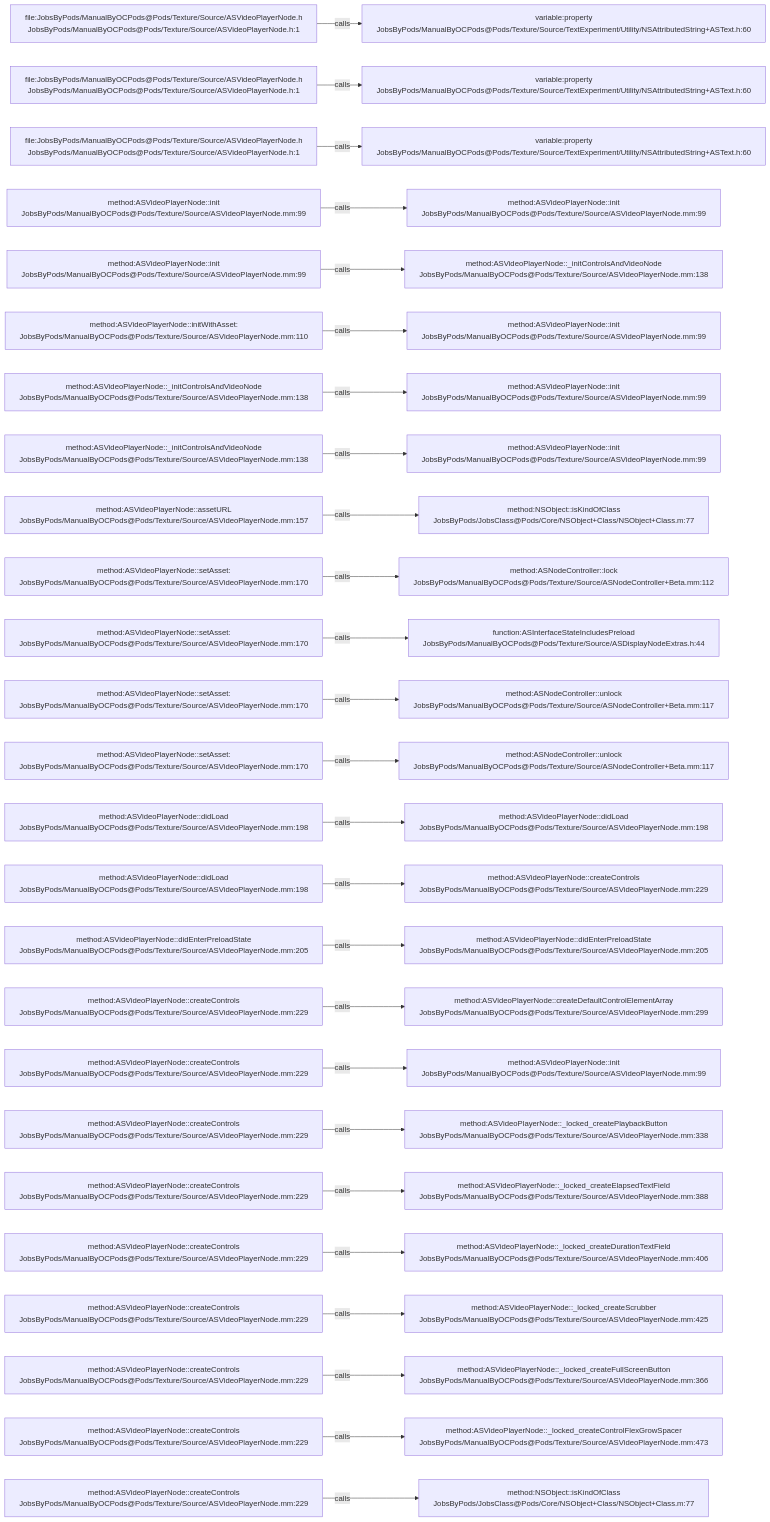
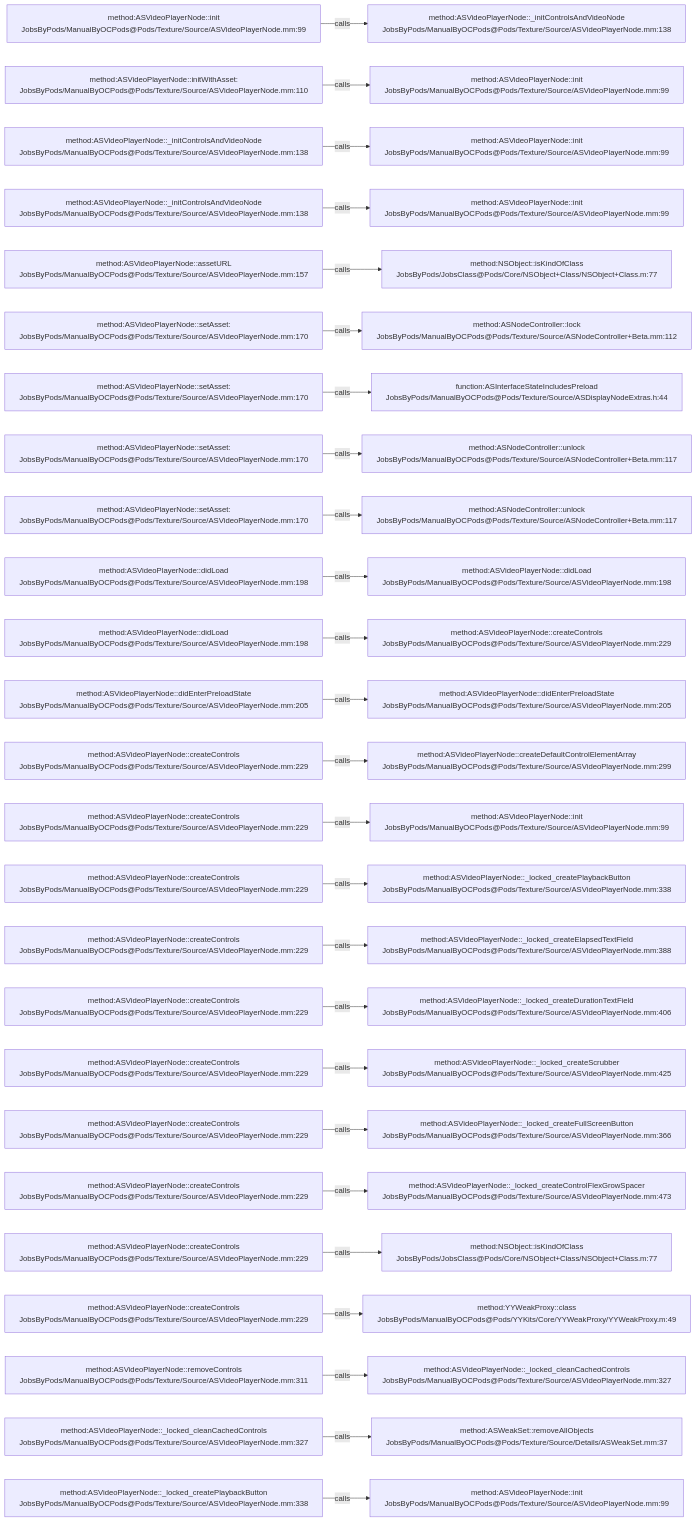
One commit to JobsKits/JobsOCBaseConfigDemo changed the diagram in .codegraph/codegraph.md/graphs/calls-143.md. Above: the diagram before and after it, drawn with Mermaid. The commit also changed 727 other files, not shown here.

````diff
--- a/.codegraph/codegraph.md/graphs/calls-143.md
+++ b/.codegraph/codegraph.md/graphs/calls-143.md
@@ -13,78 +13,78 @@
 ```mermaid
 flowchart LR
-  S1["file:JobsByPods/ManualByOCPods@Pods/Texture/Source/ASVideoPlayerNode.h<br/>JobsByPods/ManualByOCPods@Pods/Texture/Source/ASVideoPlayerNode.h:1"]
-  T1["variable:property<br/>JobsByPods/ManualByOCPods@Pods/Texture/Source/TextExperiment/Utility/NSAttributedString+ASText.h:60"]
+  S1["method:ASVideoPlayerNode::init<br/>JobsByPods/ManualByOCPods@Pods/Texture/Source/ASVideoPlayerNode.mm:99"]
+  T1["method:ASVideoPlayerNode::_initControlsAndVideoNode<br/>JobsByPods/ManualByOCPods@Pods/Texture/Source/ASVideoPlayerNode.mm:138"]
   S1 -->|calls| T1
-  S2["file:JobsByPods/ManualByOCPods@Pods/Texture/Source/ASVideoPlayerNode.h<br/>JobsByPods/ManualByOCPods@Pods/Texture/Source/ASVideoPlayerNode.h:1"]
-  T2["variable:property<br/>JobsByPods/ManualByOCPods@Pods/Texture/Source/TextExperiment/Utility/NSAttributedString+ASText.h:60"]
+  S2["method:ASVideoPlayerNode::initWithAsset:<br/>JobsByPods/ManualByOCPods@Pods/Texture/Source/ASVideoPlayerNode.mm:110"]
+  T2["method:ASVideoPlayerNode::init<br/>JobsByPods/ManualByOCPods@Pods/Texture/Source/ASVideoPlayerNode.mm:99"]
   S2 -->|calls| T2
-  S3["file:JobsByPods/ManualByOCPods@Pods/Texture/Source/ASVideoPlayerNode.h<br/>JobsByPods/ManualByOCPods@Pods/Texture/Source/ASVideoPlayerNode.h:1"]
-  T3["variable:property<br/>JobsByPods/ManualByOCPods@Pods/Texture/Source/TextExperiment/Utility/NSAttributedString+ASText.h:60"]
+  S3["method:ASVideoPlayerNode::_initControlsAndVideoNode<br/>JobsByPods/ManualByOCPods@Pods/Texture/Source/ASVideoPlayerNode.mm:138"]
+  T3["method:ASVideoPlayerNode::init<br/>JobsByPods/ManualByOCPods@Pods/Texture/Source/ASVideoPlayerNode.mm:99"]
   S3 -->|calls| T3
-  S4["method:ASVideoPlayerNode::init<br/>JobsByPods/ManualByOCPods@Pods/Texture/Source/ASVideoPlayerNode.mm:99"]
+  S4["method:ASVideoPlayerNode::_initControlsAndVideoNode<br/>JobsByPods/ManualByOCPods@Pods/Texture/Source/ASVideoPlayerNode.mm:138"]
   T4["method:ASVideoPlayerNode::init<br/>JobsByPods/ManualByOCPods@Pods/Texture/Source/ASVideoPlayerNode.mm:99"]
   S4 -->|calls| T4
-  S5["method:ASVideoPlayerNode::init<br/>JobsByPods/ManualByOCPods@Pods/Texture/Source/ASVideoPlayerNode.mm:99"]
-  T5["method:ASVideoPlayerNode::_initControlsAndVideoNode<br/>JobsByPods/ManualByOCPods@Pods/Texture/Source/ASVideoPlayerNode.mm:138"]
+  S5["method:ASVideoPlayerNode::assetURL<br/>JobsByPods/ManualByOCPods@Pods/Texture/Source/ASVideoPlayerNode.mm:157"]
+  T5["method:NSObject::isKindOfClass<br/>JobsByPods/JobsClass@Pods/Core/NSObject+Class/NSObject+Class.m:77"]
   S5 -->|calls| T5
-  S6["method:ASVideoPlayerNode::initWithAsset:<br/>JobsByPods/ManualByOCPods@Pods/Texture/Source/ASVideoPlayerNode.mm:110"]
-  T6["method:ASVideoPlayerNode::init<br/>JobsByPods/ManualByOCPods@Pods/Texture/Source/ASVideoPlayerNode.mm:99"]
+  S6["method:ASVideoPlayerNode::setAsset:<br/>JobsByPods/ManualByOCPods@Pods/Texture/Source/ASVideoPlayerNode.mm:170"]
+  T6["method:ASNodeController::lock<br/>JobsByPods/ManualByOCPods@Pods/Texture/Source/ASNodeController+Beta.mm:112"]
   S6 -->|calls| T6
-  S7["method:ASVideoPlayerNode::_initControlsAndVideoNode<br/>JobsByPods/ManualByOCPods@Pods/Texture/Source/ASVideoPlayerNode.mm:138"]
-  T7["method:ASVideoPlayerNode::init<br/>JobsByPods/ManualByOCPods@Pods/Texture/Source/ASVideoPlayerNode.mm:99"]
+  S7["method:ASVideoPlayerNode::setAsset:<br/>JobsByPods/ManualByOCPods@Pods/Texture/Source/ASVideoPlayerNode.mm:170"]
+  T7["function:ASInterfaceStateIncludesPreload<br/>JobsByPods/ManualByOCPods@Pods/Texture/Source/ASDisplayNodeExtras.h:44"]
   S7 -->|calls| T7
-  S8["method:ASVideoPlayerNode::_initControlsAndVideoNode<br/>JobsByPods/ManualByOCPods@Pods/Texture/Source/ASVideoPlayerNode.mm:138"]
-  T8["method:ASVideoPlayerNode::init<br/>JobsByPods/ManualByOCPods@Pods/Texture/Source/ASVideoPlayerNode.mm:99"]
+  S8["method:ASVideoPlayerNode::setAsset:<br/>JobsByPods/ManualByOCPods@Pods/Texture/Source/ASVideoPlayerNode.mm:170"]
+  T8["method:ASNodeController::unlock<br/>JobsByPods/ManualByOCPods@Pods/Texture/Source/ASNodeController+Beta.mm:117"]
   S8 -->|calls| T8
-  S9["method:ASVideoPlayerNode::assetURL<br/>JobsByPods/ManualByOCPods@Pods/Texture/Source/ASVideoPlayerNode.mm:157"]
-  T9["method:NSObject::isKindOfClass<br/>JobsByPods/JobsClass@Pods/Core/NSObject+Class/NSObject+Class.m:77"]
+  S9["method:ASVideoPlayerNode::setAsset:<br/>JobsByPods/ManualByOCPods@Pods/Texture/Source/ASVideoPlayerNode.mm:170"]
+  T9["method:ASNodeController::unlock<br/>JobsByPods/ManualByOCPods@Pods/Texture/Source/ASNodeController+Beta.mm:117"]
   S9 -->|calls| T9
-  S10["method:ASVideoPlayerNode::setAsset:<br/>JobsByPods/ManualByOCPods@Pods/Texture/Source/ASVideoPlayerNode.mm:170"]
-  T10["method:ASNodeController::lock<br/>JobsByPods/ManualByOCPods@Pods/Texture/Source/ASNodeController+Beta.mm:112"]
+  S10["method:ASVideoPlayerNode::didLoad<br/>JobsByPods/ManualByOCPods@Pods/Texture/Source/ASVideoPlayerNode.mm:198"]
+  T10["method:ASVideoPlayerNode::didLoad<br/>JobsByPods/ManualByOCPods@Pods/Texture/Source/ASVideoPlayerNode.mm:198"]
   S10 -->|calls| T10
-  S11["method:ASVideoPlayerNode::setAsset:<br/>JobsByPods/ManualByOCPods@Pods/Texture/Source/ASVideoPlayerNode.mm:170"]
-  T11["function:ASInterfaceStateIncludesPreload<br/>JobsByPods/ManualByOCPods@Pods/Texture/Source/ASDisplayNodeExtras.h:44"]
+  S11["method:ASVideoPlayerNode::didLoad<br/>JobsByPods/ManualByOCPods@Pods/Texture/Source/ASVideoPlayerNode.mm:198"]
+  T11["method:ASVideoPlayerNode::createControls<br/>JobsByPods/ManualByOCPods@Pods/Texture/Source/ASVideoPlayerNode.mm:229"]
   S11 -->|calls| T11
-  S12["method:ASVideoPlayerNode::setAsset:<br/>JobsByPods/ManualByOCPods@Pods/Texture/Source/ASVideoPlayerNode.mm:170"]
-  T12["method:ASNodeController::unlock<br/>JobsByPods/ManualByOCPods@Pods/Texture/Source/ASNodeController+Beta.mm:117"]
+  S12["method:ASVideoPlayerNode::didEnterPreloadState<br/>JobsByPods/ManualByOCPods@Pods/Texture/Source/ASVideoPlayerNode.mm:205"]
+  T12["method:ASVideoPlayerNode::didEnterPreloadState<br/>JobsByPods/ManualByOCPods@Pods/Texture/Source/ASVideoPlayerNode.mm:205"]
   S12 -->|calls| T12
-  S13["method:ASVideoPlayerNode::setAsset:<br/>JobsByPods/ManualByOCPods@Pods/Texture/Source/ASVideoPlayerNode.mm:170"]
-  T13["method:ASNodeController::unlock<br/>JobsByPods/ManualByOCPods@Pods/Texture/Source/ASNodeController+Beta.mm:117"]
+  S13["method:ASVideoPlayerNode::createControls<br/>JobsByPods/ManualByOCPods@Pods/Texture/Source/ASVideoPlayerNode.mm:229"]
+  T13["method:ASVideoPlayerNode::createDefaultControlElementArray<br/>JobsByPods/ManualByOCPods@Pods/Texture/Source/ASVideoPlayerNode.mm:299"]
   S13 -->|calls| T13
-  S14["method:ASVideoPlayerNode::didLoad<br/>JobsByPods/ManualByOCPods@Pods/Texture/Source/ASVideoPlayerNode.mm:198"]
-  T14["method:ASVideoPlayerNode::didLoad<br/>JobsByPods/ManualByOCPods@Pods/Texture/Source/ASVideoPlayerNode.mm:198"]
+  S14["method:ASVideoPlayerNode::createControls<br/>JobsByPods/ManualByOCPods@Pods/Texture/Source/ASVideoPlayerNode.mm:229"]
+  T14["method:ASVideoPlayerNode::init<br/>JobsByPods/ManualByOCPods@Pods/Texture/Source/ASVideoPlayerNode.mm:99"]
   S14 -->|calls| T14
-  S15["method:ASVideoPlayerNode::didLoad<br/>JobsByPods/ManualByOCPods@Pods/Texture/Source/ASVideoPlayerNode.mm:198"]
-  T15["method:ASVideoPlayerNode::createControls<br/>JobsByPods/ManualByOCPods@Pods/Texture/Source/ASVideoPlayerNode.mm:229"]
+  S15["method:ASVideoPlayerNode::createControls<br/>JobsByPods/ManualByOCPods@Pods/Texture/Source/ASVideoPlayerNode.mm:229"]
+  T15["method:ASVideoPlayerNode::_locked_createPlaybackButton<br/>JobsByPods/ManualByOCPods@Pods/Texture/Source/ASVideoPlayerNode.mm:338"]
   S15 -->|calls| T15
-  S16["method:ASVideoPlayerNode::didEnterPreloadState<br/>JobsByPods/ManualByOCPods@Pods/Texture/Source/ASVideoPlayerNode.mm:205"]
-  T16["method:ASVideoPlayerNode::didEnterPreloadState<br/>JobsByPods/ManualByOCPods@Pods/Texture/Source/ASVideoPlayerNode.mm:205"]
+  S16["method:ASVideoPlayerNode::createControls<br/>JobsByPods/ManualByOCPods@Pods/Texture/Source/ASVideoPlayerNode.mm:229"]
+  T16["method:ASVideoPlayerNode::_locked_createElapsedTextField<br/>JobsByPods/ManualByOCPods@Pods/Texture/Source/ASVideoPlayerNode.mm:388"]
   S16 -->|calls| T16
   S17["method:ASVideoPlayerNode::createControls<br/>JobsByPods/ManualByOCPods@Pods/Texture/Source/ASVideoPlayerNode.mm:229"]
-  T17["method:ASVideoPlayerNode::createDefaultControlElementArray<br/>JobsByPods/ManualByOCPods@Pods/Texture/Source/ASVideoPlayerNode.mm:299"]
+  T17["method:ASVideoPlayerNode::_locked_createDurationTextField<br/>JobsByPods/ManualByOCPods@Pods/Texture/Source/ASVideoPlayerNode.mm:406"]
   S17 -->|calls| T17
   S18["method:ASVideoPlayerNode::createControls<br/>JobsByPods/ManualByOCPods@Pods/Texture/Source/ASVideoPlayerNode.mm:229"]
-  T18["method:ASVideoPlayerNode::init<br/>JobsByPods/ManualByOCPods@Pods/Texture/Source/ASVideoPlayerNode.mm:99"]
+  T18["method:ASVideoPlayerNode::_locked_createScrubber<br/>JobsByPods/ManualByOCPods@Pods/Texture/Source/ASVideoPlayerNode.mm:425"]
   S18 -->|calls| T18
   S19["method:ASVideoPlayerNode::createControls<br/>JobsByPods/ManualByOCPods@Pods/Texture/Source/ASVideoPlayerNode.mm:229"]
-  T19["method:ASVideoPlayerNode::_locked_createPlaybackButton<br/>JobsByPods/ManualByOCPods@Pods/Texture/Source/ASVideoPlayerNode.mm:338"]
+  T19["method:ASVideoPlayerNode::_locked_createFullScreenButton<br/>JobsByPods/ManualByOCPods@Pods/Texture/Source/ASVideoPlayerNode.mm:366"]
   S19 -->|calls| T19
   S20["method:ASVideoPlayerNode::createControls<br/>JobsByPods/ManualByOCPods@Pods/Texture/Source/ASVideoPlayerNode.mm:229"]
-  T20["method:ASVideoPlayerNode::_locked_createElapsedTextField<br/>JobsByPods/ManualByOCPods@Pods/Texture/Source/ASVideoPlayerNode.mm:388"]
+  T20["method:ASVideoPlayerNode::_locked_createControlFlexGrowSpacer<br/>JobsByPods/ManualByOCPods@Pods/Texture/Source/ASVideoPlayerNode.mm:473"]
   S20 -->|calls| T20
   S21["method:ASVideoPlayerNode::createControls<br/>JobsByPods/ManualByOCPods@Pods/Texture/Source/ASVideoPlayerNode.mm:229"]
-  T21["method:ASVideoPlayerNode::_locked_createDurationTextField<br/>JobsByPods/ManualByOCPods@Pods/Texture/Source/ASVideoPlayerNode.mm:406"]
+  T21["method:NSObject::isKindOfClass<br/>JobsByPods/JobsClass@Pods/Core/NSObject+Class/NSObject+Class.m:77"]
   S21 -->|calls| T21
   S22["method:ASVideoPlayerNode::createControls<br/>JobsByPods/ManualByOCPods@Pods/Texture/Source/ASVideoPlayerNode.mm:229"]
-  T22["method:ASVideoPlayerNode::_locked_createScrubber<br/>JobsByPods/ManualByOCPods@Pods/Texture/Source/ASVideoPlayerNode.mm:425"]
+  T22["method:YYWeakProxy::class<br/>JobsByPods/ManualByOCPods@Pods/YYKits/Core/YYWeakProxy/YYWeakProxy.m:49"]
   S22 -->|calls| T22
-  S23["method:ASVideoPlayerNode::createControls<br/>JobsByPods/ManualByOCPods@Pods/Texture/Source/ASVideoPlayerNode.mm:229"]
-  T23["method:ASVideoPlayerNode::_locked_createFullScreenButton<br/>JobsByPods/ManualByOCPods@Pods/Texture/Source/ASVideoPlayerNode.mm:366"]
+  S23["method:ASVideoPlayerNode::removeControls<br/>JobsByPods/ManualByOCPods@Pods/Texture/Source/ASVideoPlayerNode.mm:311"]
+  T23["method:ASVideoPlayerNode::_locked_cleanCachedControls<br/>JobsByPods/ManualByOCPods@Pods/Texture/Source/ASVideoPlayerNode.mm:327"]
   S23 -->|calls| T23
-  S24["method:ASVideoPlayerNode::createControls<br/>JobsByPods/ManualByOCPods@Pods/Texture/Source/ASVideoPlayerNode.mm:229"]
-  T24["method:ASVideoPlayerNode::_locked_createControlFlexGrowSpacer<br/>JobsByPods/ManualByOCPods@Pods/Texture/Source/ASVideoPlayerNode.mm:473"]
+  S24["method:ASVideoPlayerNode::_locked_cleanCachedControls<br/>JobsByPods/ManualByOCPods@Pods/Texture/Source/ASVideoPlayerNode.mm:327"]
+  T24["method:ASWeakSet::removeAllObjects<br/>JobsByPods/ManualByOCPods@Pods/Texture/Source/Details/ASWeakSet.mm:37"]
   S24 -->|calls| T24
-  S25["method:ASVideoPlayerNode::createControls<br/>JobsByPods/ManualByOCPods@Pods/Texture/Source/ASVideoPlayerNode.mm:229"]
-  T25["method:NSObject::isKindOfClass<br/>JobsByPods/JobsClass@Pods/Core/NSObject+Class/NSObject+Class.m:77"]
+  S25["method:ASVideoPlayerNode::_locked_createPlaybackButton<br/>JobsByPods/ManualByOCPods@Pods/Texture/Source/ASVideoPlayerNode.mm:338"]
+  T25["method:ASVideoPlayerNode::init<br/>JobsByPods/ManualByOCPods@Pods/Texture/Source/ASVideoPlayerNode.mm:99"]
   S25 -->|calls| T25
 ```
````
